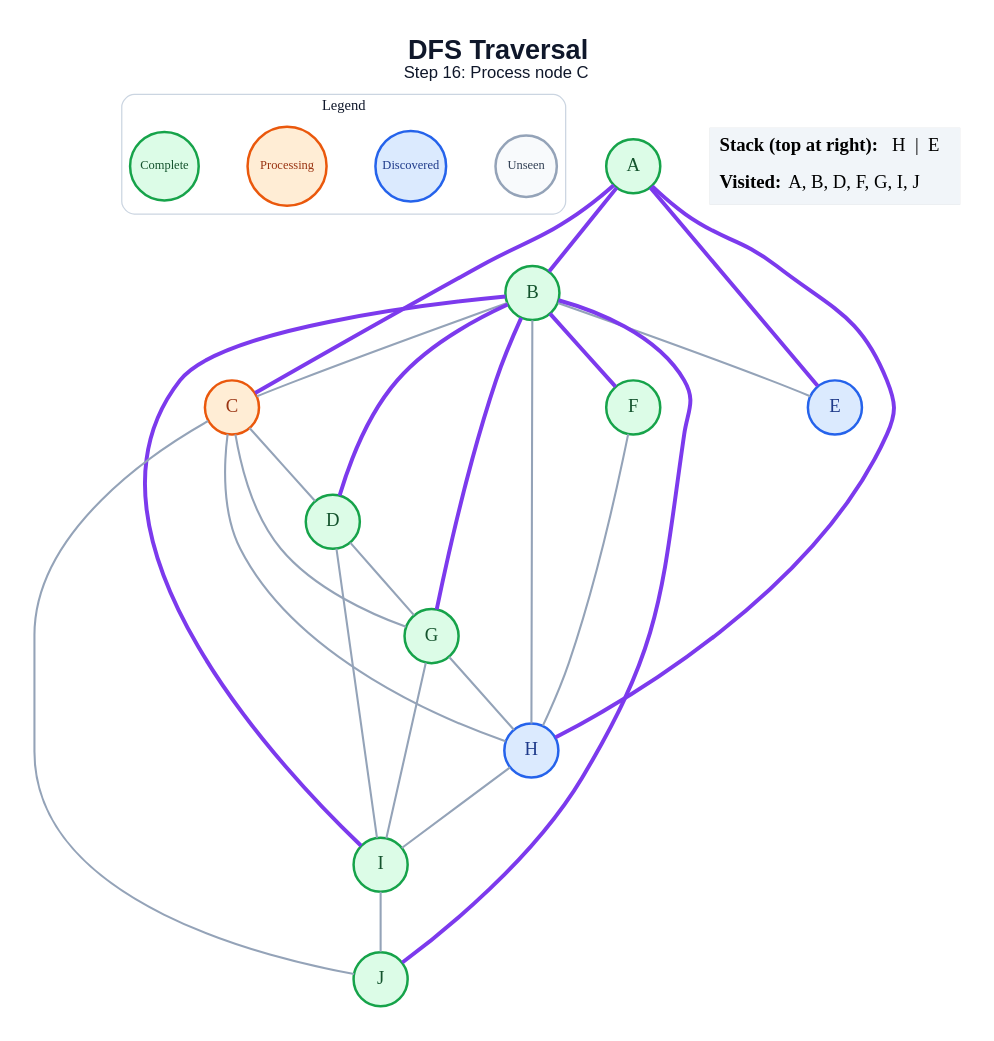
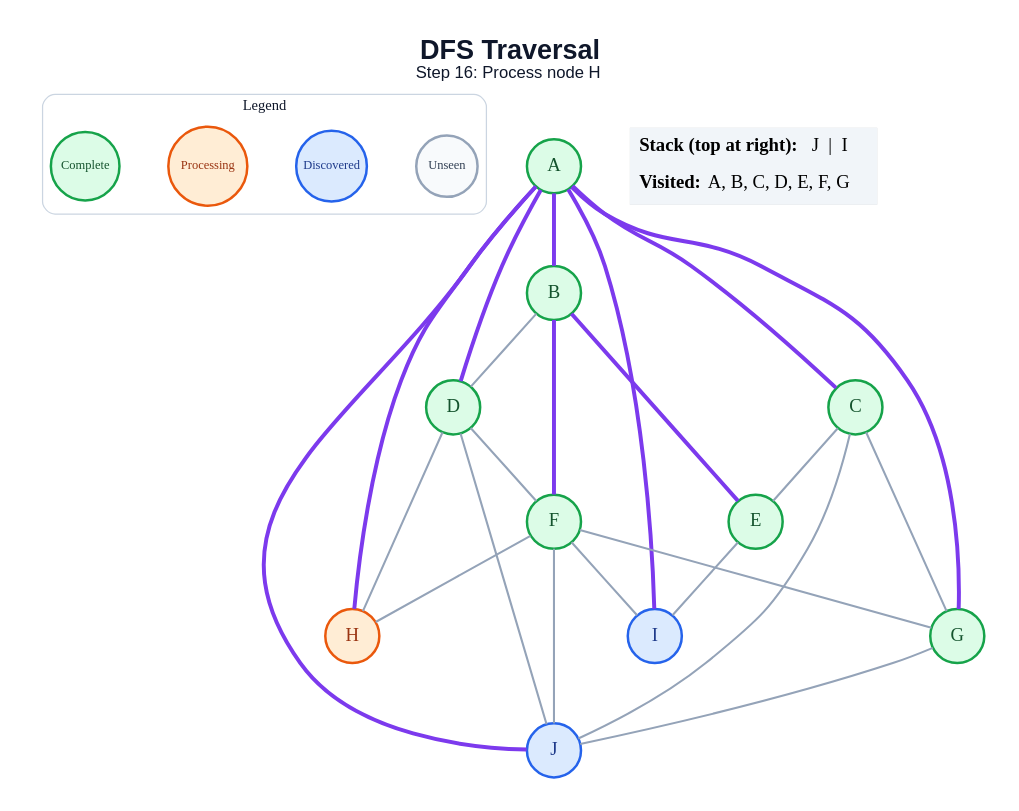
Before and after one commit to amanghodawala9/ai-slop: the diagram in generated/dfs/step_16.dot, drawn with Graphviz. The commit also changed 178 other files, not shown here.

```diff
--- a/generated/dfs/step_16.dot
+++ b/generated/dfs/step_16.dot
@@ -1,52 +1,51 @@
 graph traversal {
   graph [layout=dot, rankdir=TB, bgcolor="#FFFFFF", pad="0.35", nodesep="0.65", ranksep="0.8", fontname="Arial"];
   node [shape=circle, style="filled", fontname="Arial Bold", fontsize=18, width=0.72, fixedsize=true, penwidth=2.4];
   edge [color="#94A3B8", penwidth=2.0];
-  label=<<B>DFS Traversal</B><BR/><FONT POINT-SIZE="16">Step 16: Process node C</FONT>>; labelloc="t"; fontsize=26; fontname="Arial"; fontcolor="#0F172A";
+  label=<<B>DFS Traversal</B><BR/><FONT POINT-SIZE="16">Step 16: Process node H</FONT>>; labelloc="t"; fontsize=26; fontname="Arial"; fontcolor="#0F172A";
   subgraph cluster_legend { label="Legend"; color="#CBD5E1"; penwidth=1.2; style="rounded"; fontsize=14; fontname="Arial Bold";
     key_unseen [label="Unseen", fillcolor="#F8FAFC", color="#94A3B8", fontcolor="#334155", fontsize=12, width=0.82];
     key_frontier [label="Discovered", fillcolor="#DBEAFE", color="#2563EB", fontcolor="#1E3A8A", fontsize=12, width=0.95];
     key_current [label="Processing", fillcolor="#FFEDD5", color="#EA580C", fontcolor="#9A3412", fontsize=12, width=1.05];
     key_done [label="Complete", fillcolor="#DCFCE7", color="#16A34A", fontcolor="#14532D", fontsize=12, width=0.92];
     { rank=same; key_unseen; key_frontier; key_current; key_done; }
   }
   A [fillcolor="#DCFCE7", color="#16A34A", fontcolor="#14532D"];
   B [fillcolor="#DCFCE7", color="#16A34A", fontcolor="#14532D"];
-  C [fillcolor="#FFEDD5", color="#EA580C", fontcolor="#9A3412"];
+  C [fillcolor="#DCFCE7", color="#16A34A", fontcolor="#14532D"];
   D [fillcolor="#DCFCE7", color="#16A34A", fontcolor="#14532D"];
-  E [fillcolor="#DBEAFE", color="#2563EB", fontcolor="#1E3A8A"];
+  E [fillcolor="#DCFCE7", color="#16A34A", fontcolor="#14532D"];
   F [fillcolor="#DCFCE7", color="#16A34A", fontcolor="#14532D"];
   G [fillcolor="#DCFCE7", color="#16A34A", fontcolor="#14532D"];
-  H [fillcolor="#DBEAFE", color="#2563EB", fontcolor="#1E3A8A"];
-  I [fillcolor="#DCFCE7", color="#16A34A", fontcolor="#14532D"];
-  J [fillcolor="#DCFCE7", color="#16A34A", fontcolor="#14532D"];
+  H [fillcolor="#FFEDD5", color="#EA580C", fontcolor="#9A3412"];
+  I [fillcolor="#DBEAFE", color="#2563EB", fontcolor="#1E3A8A"];
+  J [fillcolor="#DBEAFE", color="#2563EB", fontcolor="#1E3A8A"];
   A -- B [color="#7C3AED", penwidth=3.8];
   A -- C [color="#7C3AED", penwidth=3.8];
-  A -- E [color="#7C3AED", penwidth=3.8];
+  A -- D [color="#7C3AED", penwidth=3.8];
+  A -- G [color="#7C3AED", penwidth=3.8];
   A -- H [color="#7C3AED", penwidth=3.8];
-  B -- C;
-  B -- D [color="#7C3AED", penwidth=3.8];
-  B -- E;
+  A -- I [color="#7C3AED", penwidth=3.8];
+  A -- J [color="#7C3AED", penwidth=3.8];
+  B -- D;
+  B -- E [color="#7C3AED", penwidth=3.8];
   B -- F [color="#7C3AED", penwidth=3.8];
-  B -- G [color="#7C3AED", penwidth=3.8];
-  B -- H;
-  B -- I [color="#7C3AED", penwidth=3.8];
-  B -- J [color="#7C3AED", penwidth=3.8];
-  C -- D;
+  C -- E;
   C -- G;
-  C -- H;
   C -- J;
-  D -- G;
-  D -- I;
+  D -- F;
+  D -- H;
+  D -- J;
+  E -- I;
+  F -- G;
   F -- H;
-  G -- H;
-  G -- I;
-  H -- I;
-  I -- J;
+  F -- I;
+  F -- J;
+  G -- J;
   status [shape=plain, fixedsize=false, width=0, height=0, margin=0, label=<
     <TABLE BORDER="0" CELLBORDER="0" CELLPADDING="7" BGCOLOR="#F1F5F9">
-      <TR><TD ALIGN="LEFT"><B>Stack (top at right):</B> H  |  E</TD></TR>
-      <TR><TD ALIGN="LEFT"><B>Visited:</B> A, B, D, F, G, I, J</TD></TR>
+      <TR><TD ALIGN="LEFT"><B>Stack (top at right):</B> J  |  I</TD></TR>
+      <TR><TD ALIGN="LEFT"><B>Visited:</B> A, B, C, D, E, F, G</TD></TR>
     </TABLE>
   >];
 }
```
